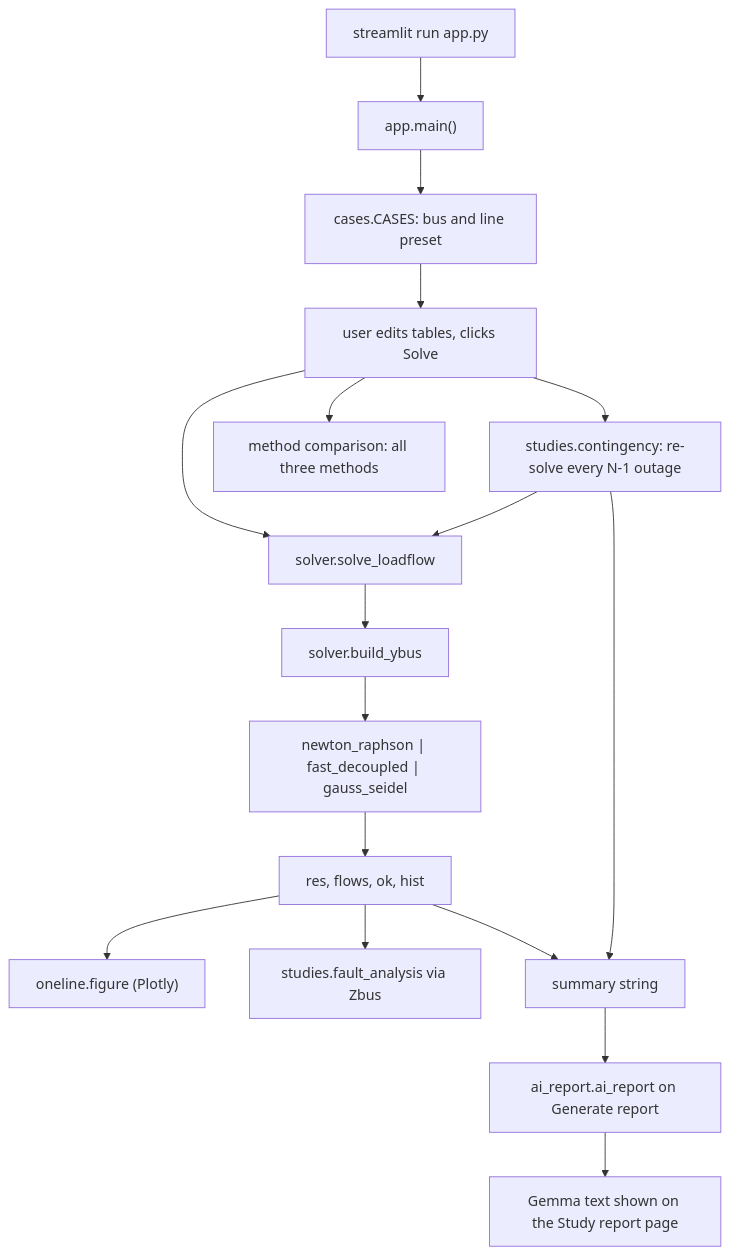
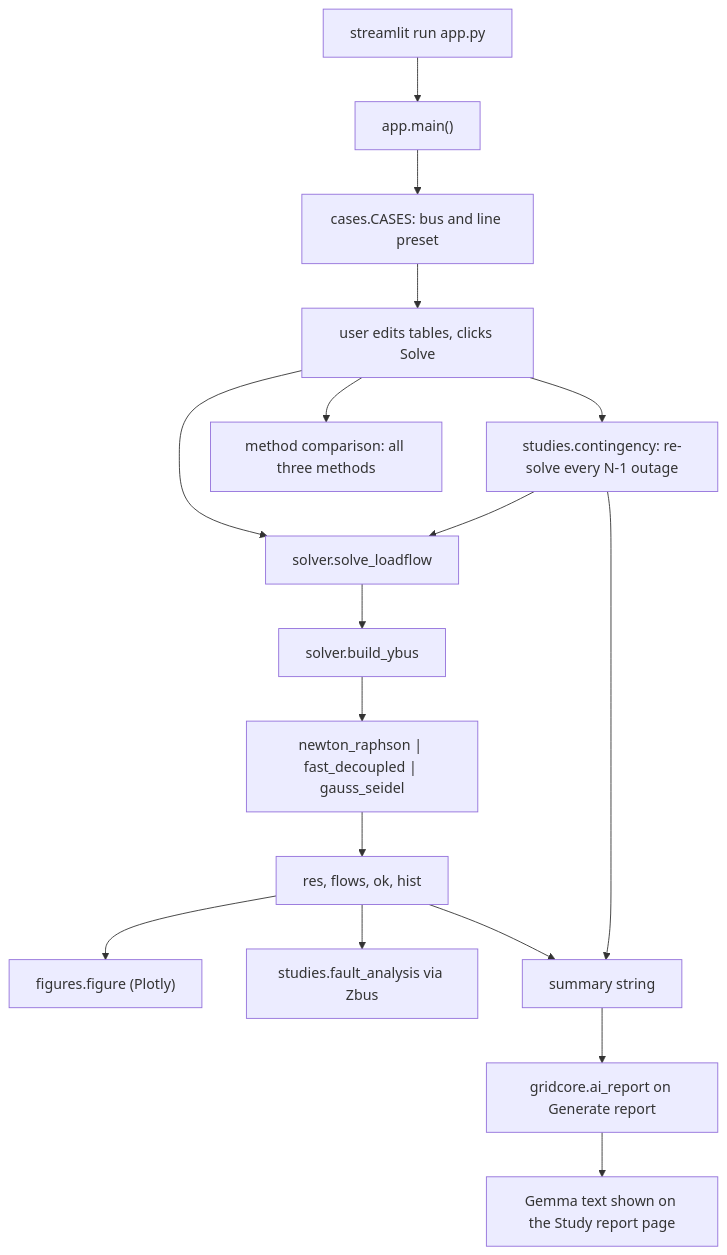
The diagram in README.md (haki-overflow/GridLens), drawn with Mermaid before and after one commit. The commit also changed other lines of this file and 25 other files, not shown here.

First line of the commit message:
v1.3 merge 4/5: web/src 24 files -> 8 (ui, app, charts, documents, canvas, panels, shell, main)

````diff
--- a/README.md
+++ b/README.md
@@ -84,19 +76,19 @@
 ```mermaid
 flowchart TD
     A["streamlit run app.py"] --> B["app.main()"]
     B --> C["cases.CASES: bus and line preset"]
     C --> D["user edits tables, clicks Solve"]
     D --> E["solver.solve_loadflow"]
     E --> F["solver.build_ybus"]
     F --> G["newton_raphson | fast_decoupled | gauss_seidel"]
     G --> H["res, flows, ok, hist"]
     D --> I["studies.contingency: re-solve every N-1 outage"]
     I --> E
     D --> J["method comparison: all three methods"]
-    H --> K["oneline.figure (Plotly)"]
+    H --> K["figures.figure (Plotly)"]
     H --> L["studies.fault_analysis via Zbus"]
     H --> M["summary string"]
     I --> M
-    M --> N["ai_report.ai_report on Generate report"]
+    M --> N["gridcore.ai_report on Generate report"]
     N --> O["Gemma text shown on the Study report page"]
 ```
````
